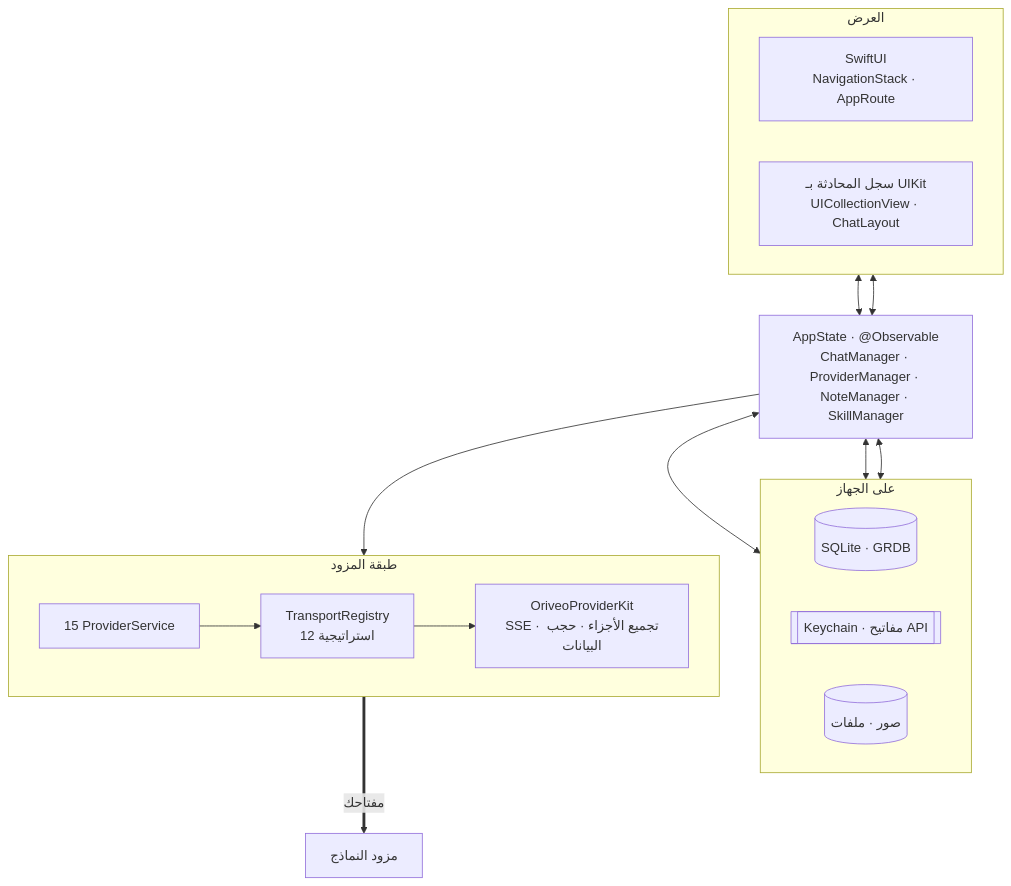
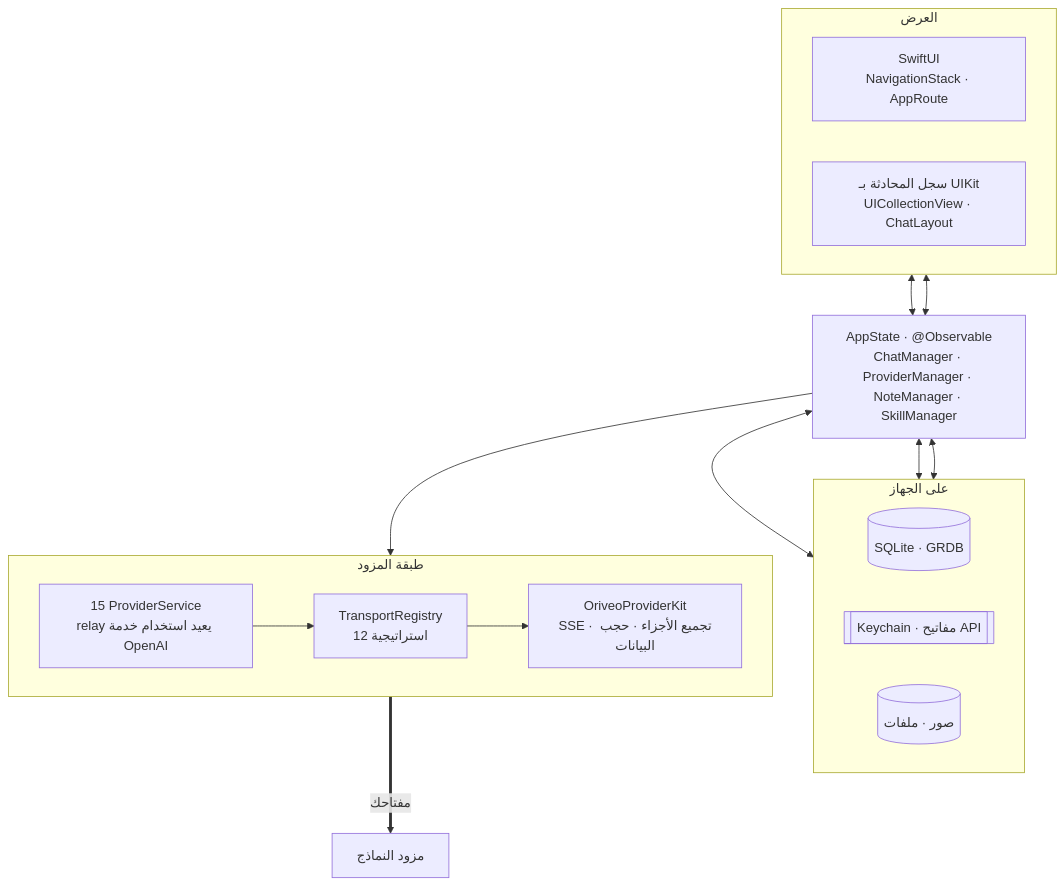
The first of 2 diagrams in readme_i18n/ar/ios.md (oriveo/oriveo), drawn with Mermaid before and after one commit. The commit also changed other lines of this file and 62 other files, not shown here.

````diff
--- a/readme_i18n/ar/ios.md
+++ b/readme_i18n/ar/ios.md
@@ -47,30 +47,30 @@
 ```mermaid
 flowchart TB
     subgraph ui ["العرض"]
         direction LR
         swiftui["SwiftUI<br/>NavigationStack · AppRoute"]
         uikit["سجل المحادثة بـ UIKit<br/>UICollectionView · ChatLayout"]
     end
 
     appstate["AppState · @Observable<br/>ChatManager · ProviderManager · NoteManager · SkillManager"]
 
     subgraph store ["على الجهاز"]
         direction LR
         grdb[("SQLite · GRDB")]
         keychain[["Keychain · مفاتيح API"]]
         files[("صور · ملفات")]
     end
 
     subgraph provider ["طبقة المزود"]
         direction LR
-        services["15 ProviderService"]
+        services["15 ProviderService<br/>relay يعيد استخدام خدمة OpenAI"]
         transports["TransportRegistry<br/>12 استراتيجية"]
         kit["OriveoProviderKit<br/>SSE · تجميع الأجزاء · حجب البيانات"]
     end
 
     swiftui & uikit <--> appstate
     appstate <--> grdb & keychain & files
     appstate --> services
     services --> transports --> kit
     kit ==>|"مفتاحك"| up["مزود النماذج"]
 ```
````
